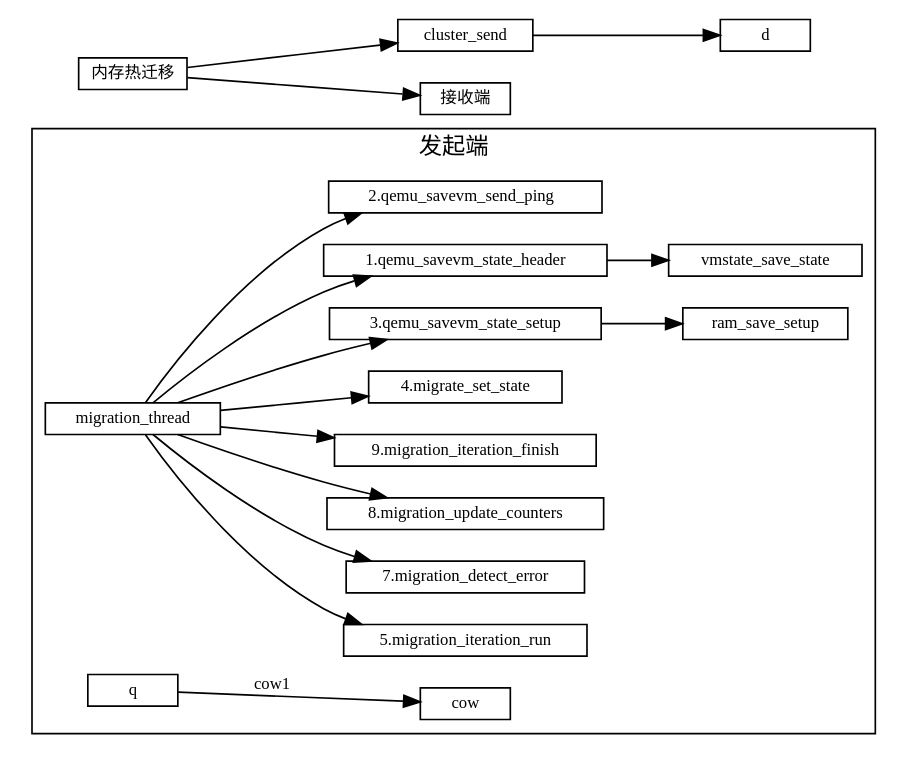
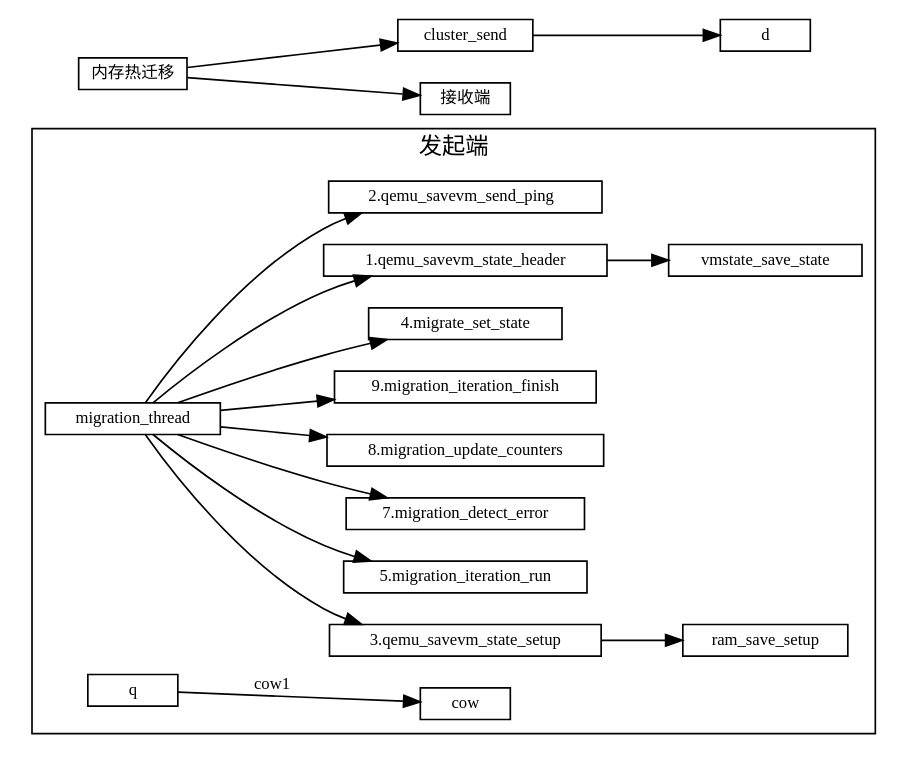
Before and after one commit to sisyphus1212/note: the diagram in 虚拟化/热迁移/1-内存热迁移.md, drawn with Graphviz.

Commit message:
auto_update

````diff
--- a/虚拟化/热迁移/1-内存热迁移.md
+++ b/虚拟化/热迁移/1-内存热迁移.md
@@ -11,42 +11,43 @@
 ```graphviz
 digraph {
 fontname="Helvetica,Arial,sans-serif"
 //node [fontname="Helvetica,Arial,sans-serif"]
 //edge [fontname="Helvetica,Arial,sans-serif"]
 rankdir="LR"
 node [fontsize=10, shape=record, height=0.25]
 edge [fontsize=10]
   subgraph send {
     cluster=true;
     label="发起端";
-        migration_iteration_run[label="5.migration_iteration_run"];
+        qemu_savevm_state_setup[label="3.qemu_savevm_state_setup"]
+    migration_iteration_run[label="5.migration_iteration_run"];
     migration_detect_error[label="7.migration_detect_error"]
     migration_update_counters[label="8.migration_update_counters"]
     migration_iteration_finish[label="9.migration_iteration_finish"]
 
     migrate_set_state[label="4.migrate_set_state"];
-    qemu_savevm_state_setup[label="3.qemu_savevm_state_setup"]
+
 
     migration_thread -> "1.qemu_savevm_state_header"
                      -> vmstate_save_state;
     migration_thread -> "2.qemu_savevm_send_ping  ";
     migration_thread -> qemu_savevm_state_setup
                      -> ram_save_setup;
     migration_thread -> migrate_set_state;
     migration_thread -> migration_iteration_run;
     migration_thread -> migration_detect_error
     migration_thread -> migration_update_counters
     migration_thread -> migration_iteration_finish
 
 
 
     q -> cow[label="cow1"];
   }
 
 内存热迁移 [label="内存热迁移"]
 内存热迁移 -> cluster_send
            -> d
 
 内存热迁移 -> 接收端
 }
 ```
````
